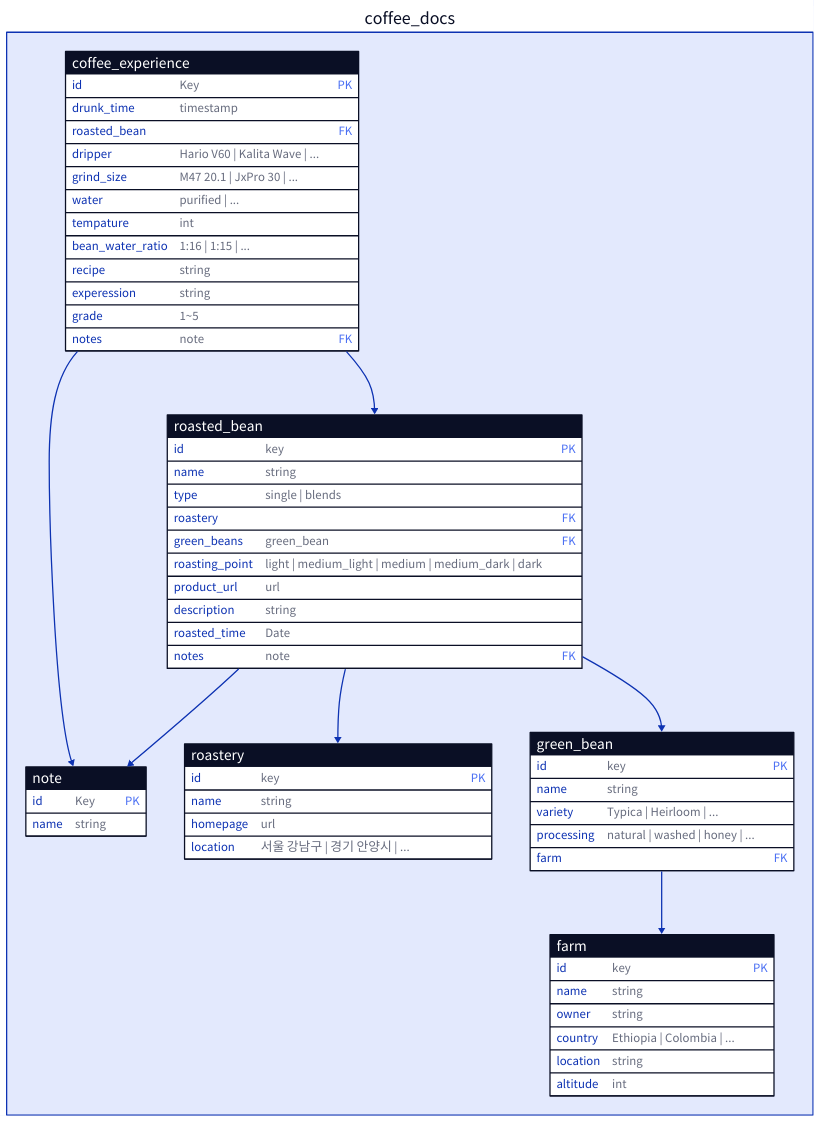
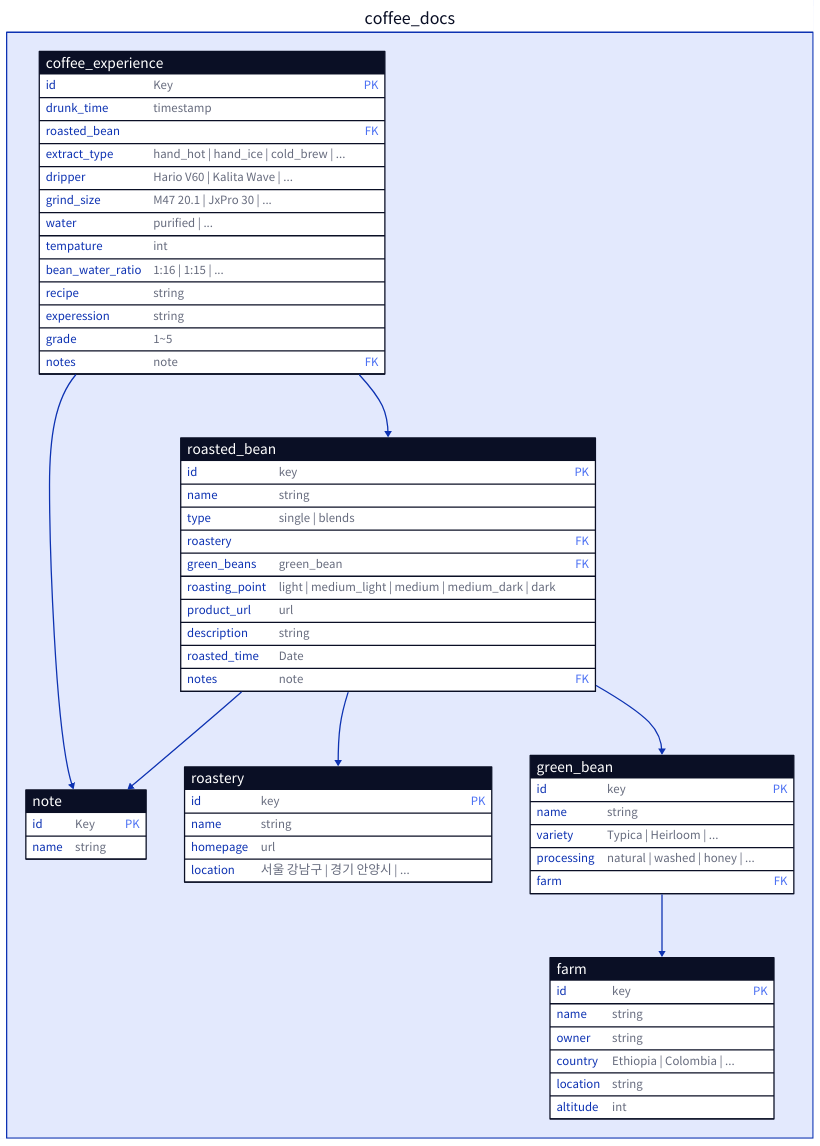
The diagram in coffee_experience.d2 (ColorOfLight/workspace-d2), drawn with D2 before and after one commit.

Commit message:
feat: coffee_experience v1.1
- add extract_type to coffee_experience table

```diff
--- a/coffee_experience.d2
+++ b/coffee_experience.d2
@@ -1,85 +1,86 @@
-# Doc Version: v1.0
+# Doc Version: v1.1
 coffee_docs: {
   coffee_experience: {
     shape: sql_table
     id: Key {constraint: primary_key}
     drunk_time: timestamp
 
     # Bean
     roasted_bean: roasted_bean {constraint: foreign_key}
+    extract_type: hand_hot | hand_ice | cold_brew | ...
 
     # Dripping
     dripper: Hario V60 | Kalita Wave | ...
     grind_size: M47 20.1 | JxPro 30 | ...
     water: purified | ...
     tempature: int
     bean_water_ratio: 1:16 | 1:15 | ...
     recipe: string
 
     # Grade & Expression
     experession: string
     grade: 1~5
     notes: note {constraint: foreign_key}
   }
 
   note: {
     shape: sql_table
     id: Key {constraint: primary_key}
     name: string
   }
 
   roasted_bean: {
     shape: sql_table
     id: key {constraint: primary_key}
 
     # Basic Info
     name: string
     type: single | blends
     roastery: roastery {constraint: foreign_key}
     green_beans: green_bean {constraint: foreign_key}
 
     roasting_point: light | medium_light | medium | medium_dark | dark
 
     # Detailed Info
     product_url: url
     description: string
     roasted_time: Date
     notes: note {constraint: foreign_key}
   }
 
   roastery: {
     shape: sql_table
     id: key {constraint: primary_key}
     name: string
     homepage: url
     location: 서울 강남구 | 경기 안양시 | ...
   }
 
   green_bean: {
     shape: sql_table
     id: key {constraint: primary_key}
     name: string
     variety: Typica | Heirloom | ...
     processing: natural | washed | honey | ...
     farm: farm {constraint: foreign_key}
   }
 
   farm: {
     shape: sql_table
     id: key {constraint: primary_key}
     name: string
     owner: string
     country: Ethiopia | Colombia | ...
     location: string
     altitude: int
   }
 
   coffee_experience.roasted_bean -> roasted_bean.id
   coffee_experience.notes -> note.id
 
   roasted_bean.roastery -> roastery.id
   roasted_bean.green_beans -> green_bean.id
   roasted_bean.notes -> note.id
 
   green_bean.farm -> farm.id
 }
```
